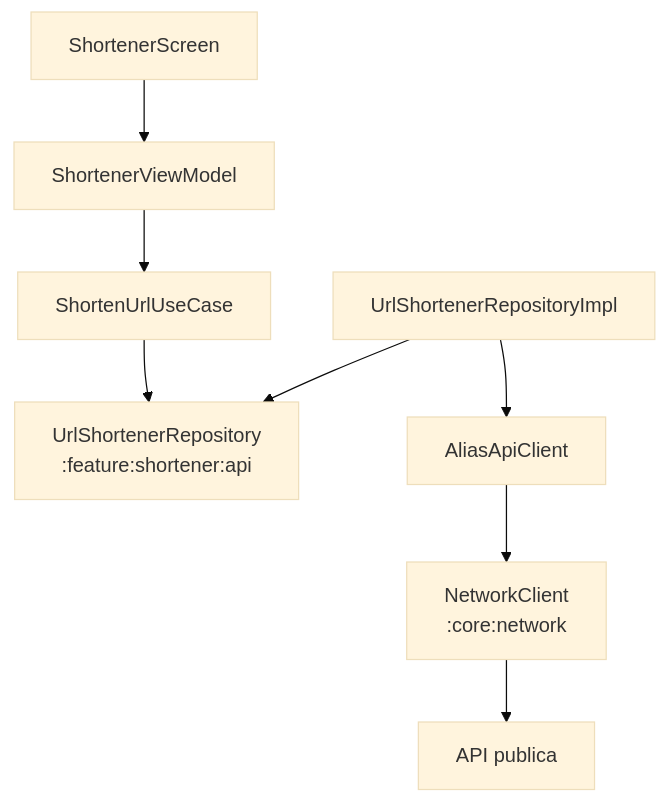
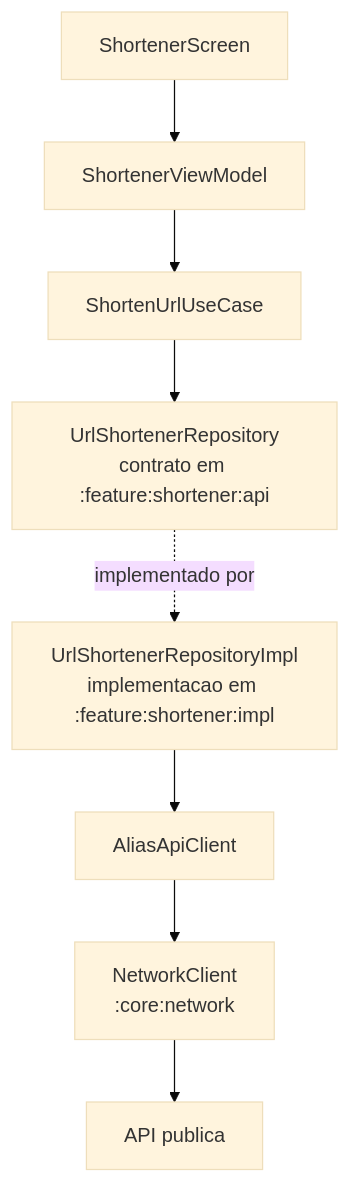
Before and after one commit to evd-evanss/Shortener: the fourth of 6 diagrams in README.md, drawn with Mermaid (base theme). The commit also changed other lines of this file, not shown here.

Commit message:
Clarify API impl architecture docs

````diff
--- a/README.md
+++ b/README.md
@@ -220,19 +251,19 @@
 ```mermaid
 flowchart TD
     Screen["ShortenerScreen"]
     VM["ShortenerViewModel"]
     UseCase["ShortenUrlUseCase"]
-    RepoContract["UrlShortenerRepository<br/>:feature:shortener:api"]
-    RepoImpl["UrlShortenerRepositoryImpl"]
+    RepoContract["UrlShortenerRepository<br/>contrato em :feature:shortener:api"]
+    RepoImpl["UrlShortenerRepositoryImpl<br/>implementacao em :feature:shortener:impl"]
     ApiClient["AliasApiClient"]
     NetworkClient["NetworkClient<br/>:core:network"]
     Api["API publica"]
 
     Screen --> VM
     VM --> UseCase
     UseCase --> RepoContract
-    RepoImpl --> RepoContract
+    RepoContract -. "implementado por" .-> RepoImpl
     RepoImpl --> ApiClient
     ApiClient --> NetworkClient
     NetworkClient --> Api
 ```
````
